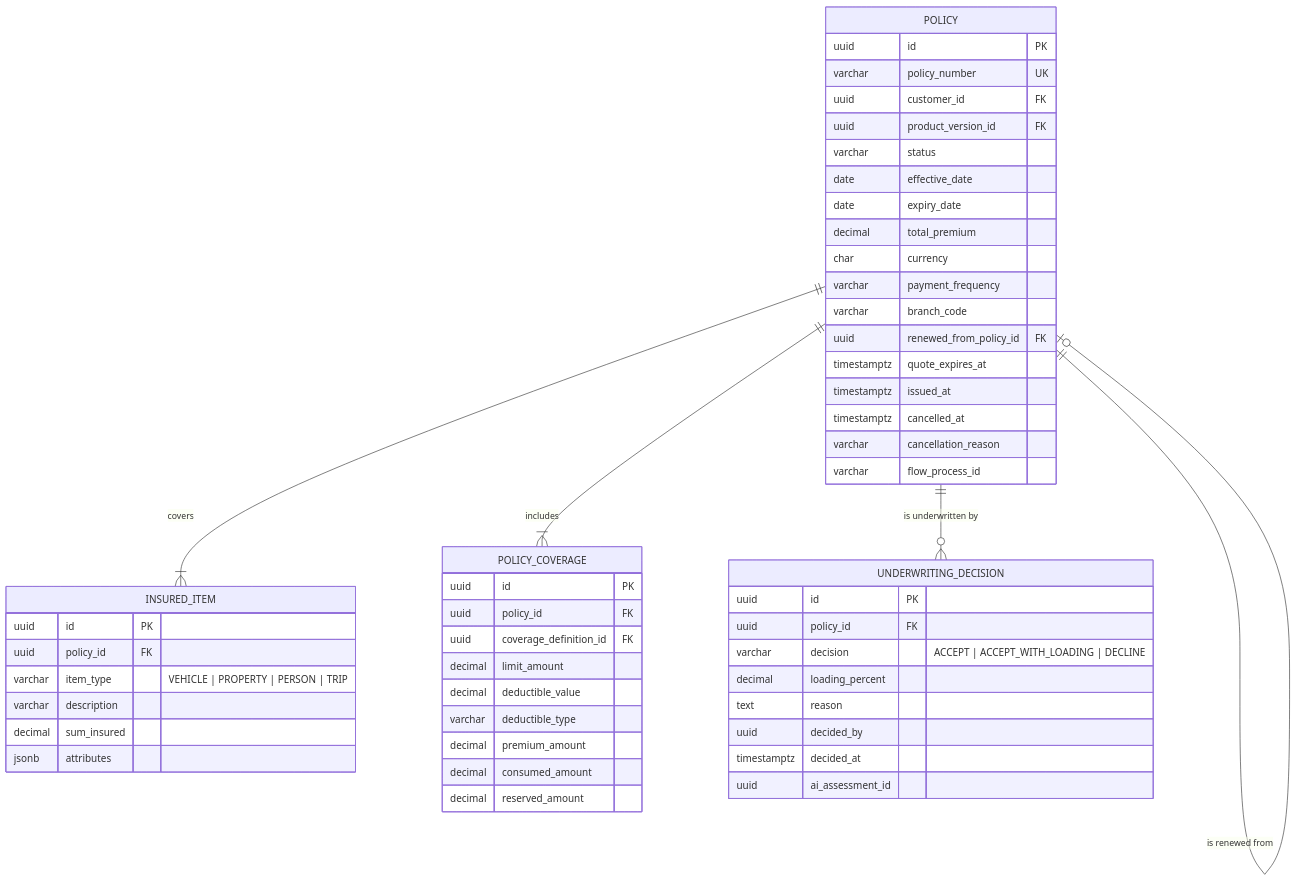
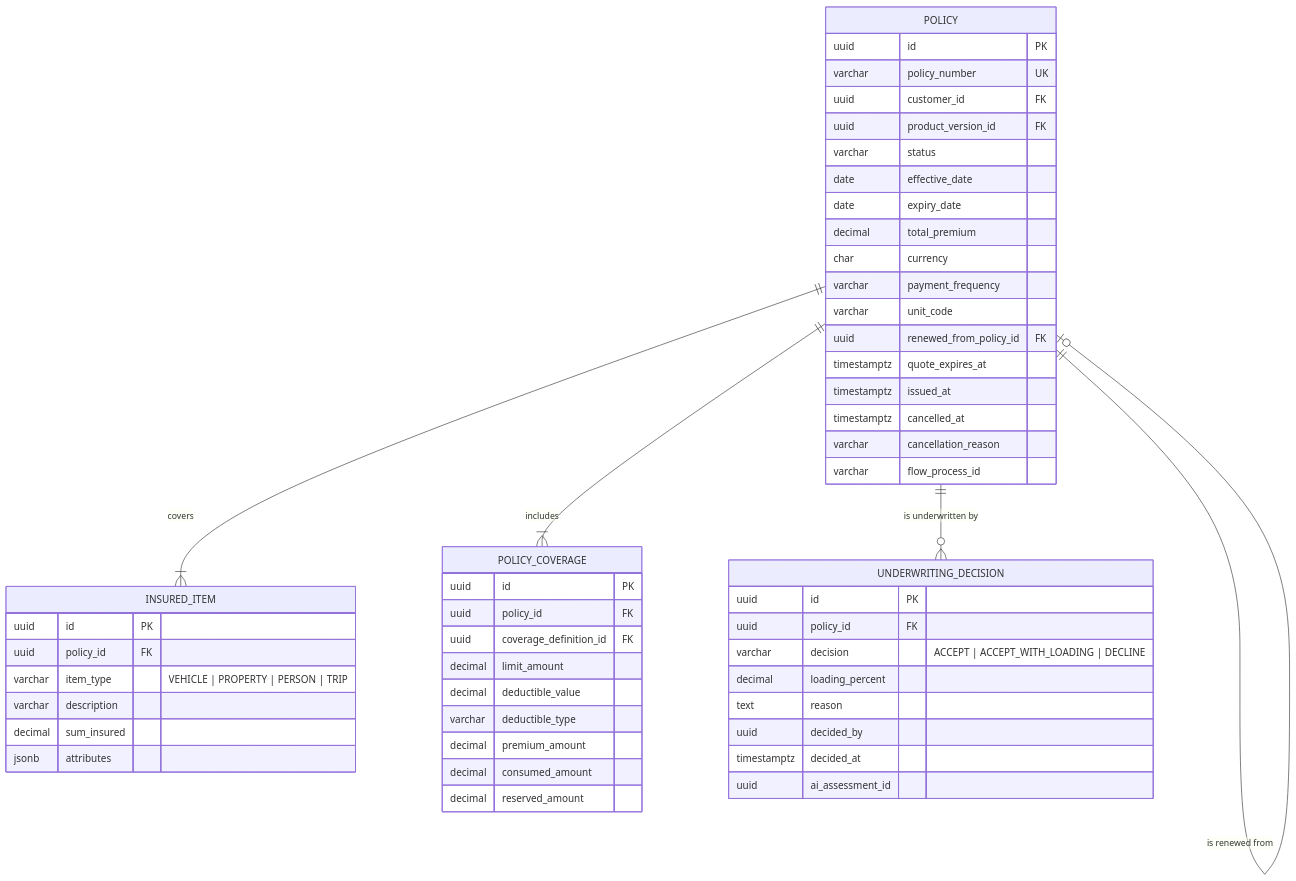
One commit to alekii/alensi-insure changed the fourth of 9 diagrams in docs/database/erd.md. Above: the diagram before and after it, drawn with Mermaid. The commit also changed other lines of this file and 19 other files, not shown here.

````diff
--- a/docs/database/erd.md
+++ b/docs/database/erd.md
@@ -144,55 +144,55 @@
 ```mermaid
 erDiagram
     POLICY {
         uuid id PK
         varchar policy_number UK
         uuid customer_id FK
         uuid product_version_id FK
         varchar status
         date effective_date
         date expiry_date
         decimal total_premium
         char currency
         varchar payment_frequency
-        varchar branch_code
+        varchar unit_code
         uuid renewed_from_policy_id FK
         timestamptz quote_expires_at
         timestamptz issued_at
         timestamptz cancelled_at
         varchar cancellation_reason
         varchar flow_process_id
     }
     INSURED_ITEM {
         uuid id PK
         uuid policy_id FK
         varchar item_type "VEHICLE | PROPERTY | PERSON | TRIP"
         varchar description
         decimal sum_insured
         jsonb attributes
     }
     POLICY_COVERAGE {
         uuid id PK
         uuid policy_id FK
         uuid coverage_definition_id FK
         decimal limit_amount
         decimal deductible_value
         varchar deductible_type
         decimal premium_amount
         decimal consumed_amount
         decimal reserved_amount
     }
     UNDERWRITING_DECISION {
         uuid id PK
         uuid policy_id FK
         varchar decision "ACCEPT | ACCEPT_WITH_LOADING | DECLINE"
         decimal loading_percent
         text reason
         uuid decided_by
         timestamptz decided_at
         uuid ai_assessment_id
     }
     POLICY ||--|{ INSURED_ITEM : covers
     POLICY ||--|{ POLICY_COVERAGE : includes
     POLICY ||--o{ UNDERWRITING_DECISION : "is underwritten by"
     POLICY ||--o| POLICY : "is renewed from"
 ```
````
